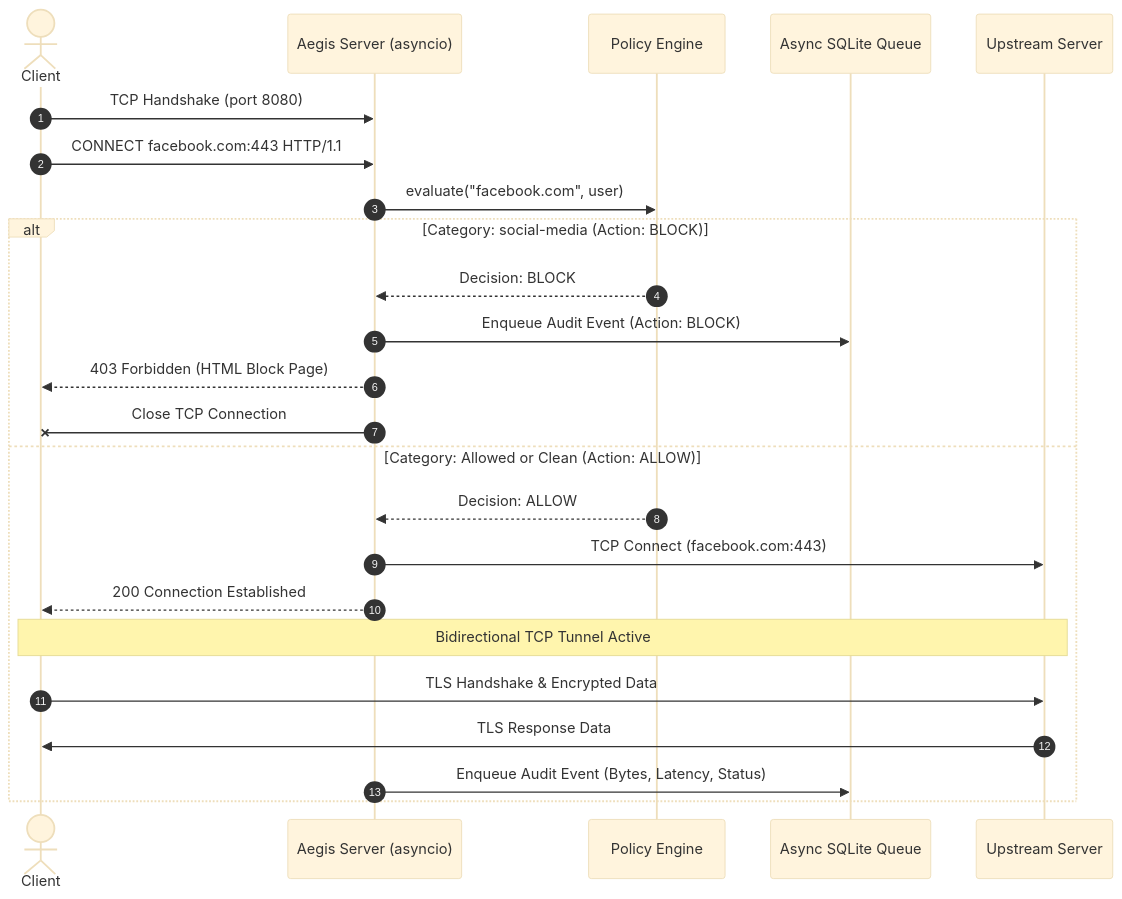
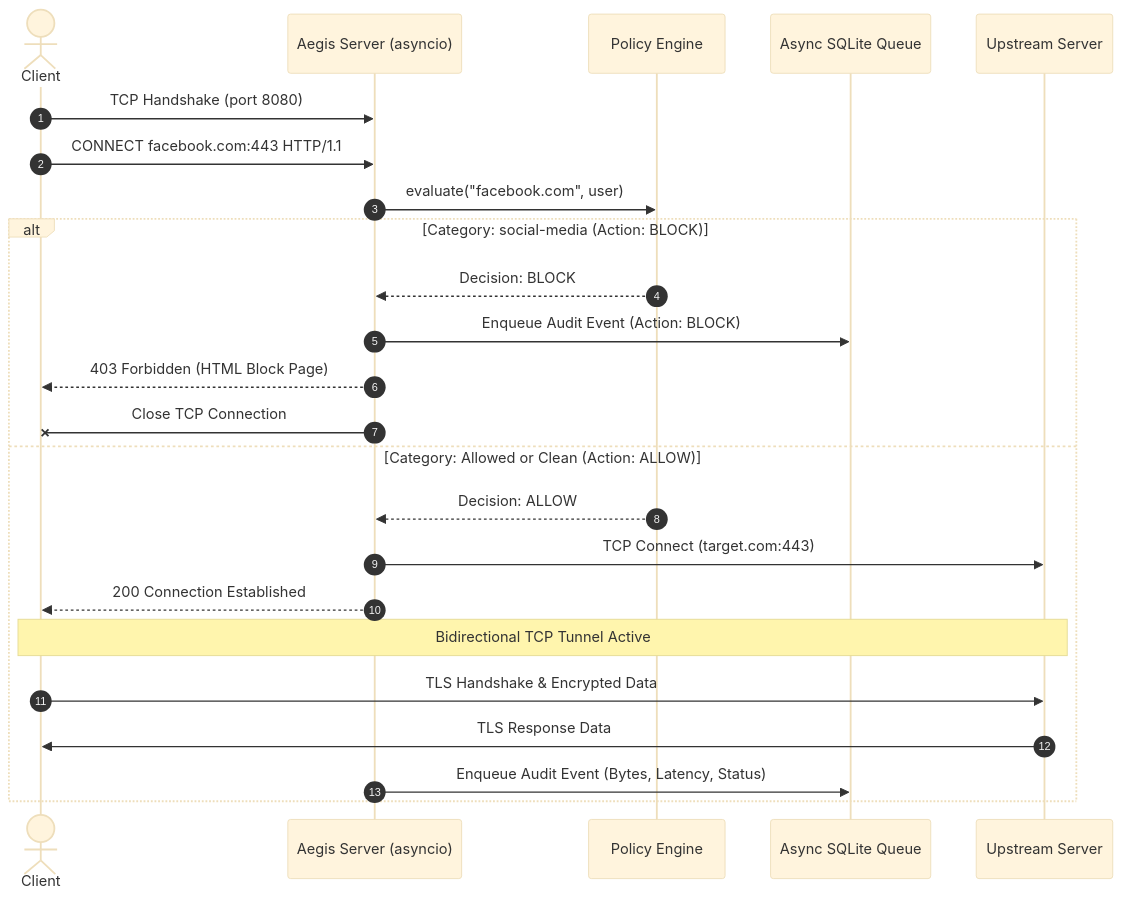
The diagram in ARCHITECTURE.md (kr307/secure-forward-proxy), drawn with Mermaid (base theme) before and after one commit. The commit also changed other lines of this file and 2 other files, not shown here.

Commit message:
refactor: tone down marketing language and align architecture docs with measured figures

````diff
--- a/ARCHITECTURE.md
+++ b/ARCHITECTURE.md
@@ -76,27 +76,27 @@
 ```mermaid
 sequenceDiagram
     autonumber
     actor Client
     participant Proxy as Aegis Server (asyncio)
     participant Policy as Policy Engine
     participant DB as Async SQLite Queue
     participant Target as Upstream Server
 
     Client->>Proxy: TCP Handshake (port 8080)
     Client->>Proxy: CONNECT facebook.com:443 HTTP/1.1
     Proxy->>Policy: evaluate("facebook.com", user)
     alt Category: social-media (Action: BLOCK)
         Policy-->>Proxy: Decision: BLOCK
         Proxy->>DB: Enqueue Audit Event (Action: BLOCK)
         Proxy-->>Client: 403 Forbidden (HTML Block Page)
         Proxy-xClient: Close TCP Connection
     else Category: Allowed or Clean (Action: ALLOW)
         Policy-->>Proxy: Decision: ALLOW
-        Proxy->>Target: TCP Connect (facebook.com:443)
+        Proxy->>Target: TCP Connect (target.com:443)
         Proxy-->>Client: 200 Connection Established
         Note over Client,Target: Bidirectional TCP Tunnel Active
         Client->>Target: TLS Handshake & Encrypted Data
         Target->>Client: TLS Response Data
         Proxy->>DB: Enqueue Audit Event (Bytes, Latency, Status)
     end
 ```
````
